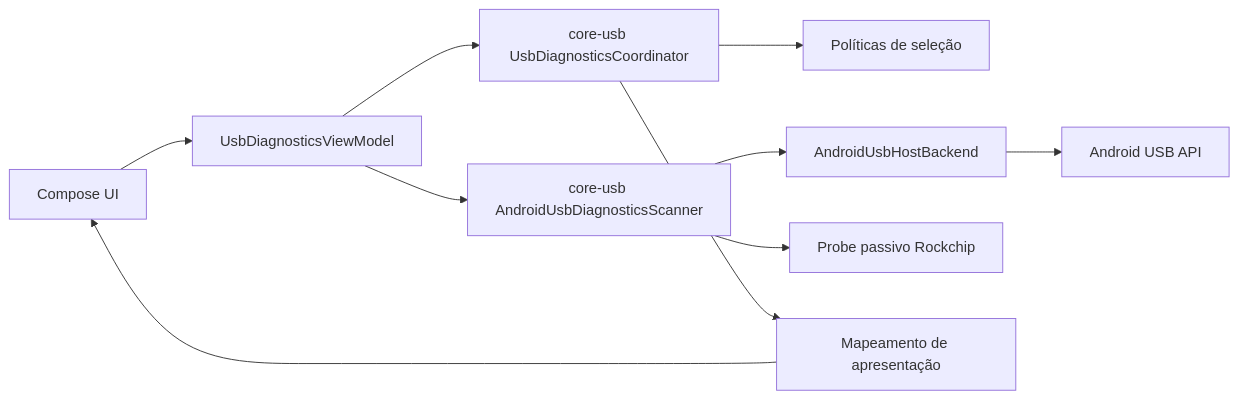
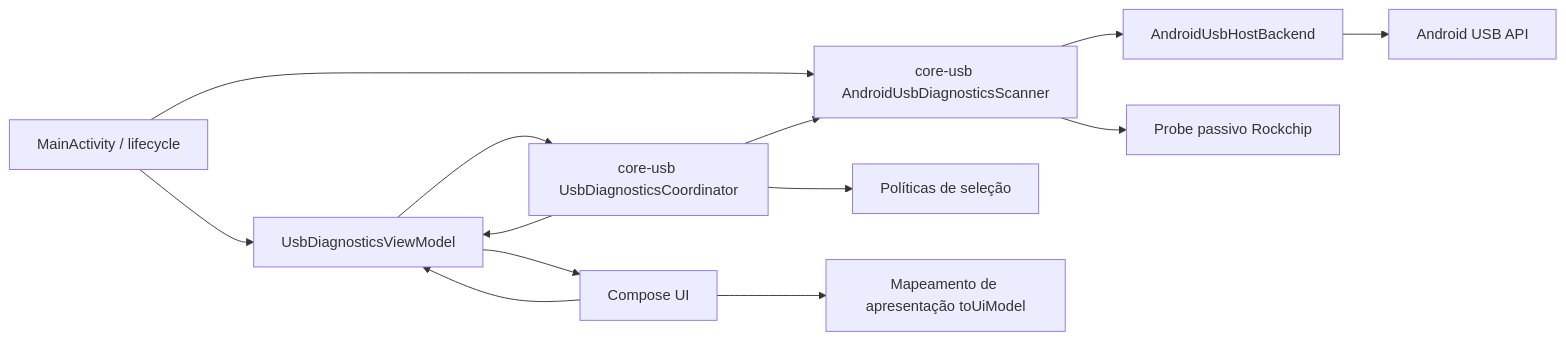
The first of 5 diagrams in docs/ARCHITECTURE.md (itayson/Rockservice-mobile), drawn with Mermaid before and after one commit. The commit also changed other lines of this file, not shown here.

Commit message:
docs: correct USB diagnostics dependency diagram

````diff
--- a/docs/ARCHITECTURE.md
+++ b/docs/ARCHITECTURE.md
@@ -20,12 +20,15 @@
 ```mermaid
 flowchart LR
-  UI[Compose UI] --> VM[UsbDiagnosticsViewModel]
+  A[MainActivity / lifecycle] --> VM[UsbDiagnosticsViewModel]
+  A --> SCAN[core-usb AndroidUsbDiagnosticsScanner]
+  UI[Compose UI] --> VM
   VM --> COORD[core-usb UsbDiagnosticsCoordinator]
-  VM --> SCAN[core-usb AndroidUsbDiagnosticsScanner]
+  COORD --> SCAN
   COORD --> POL[Políticas de seleção]
   SCAN --> USB[AndroidUsbHostBackend]
   SCAN --> PROBE[Probe passivo Rockchip]
   USB --> API[Android USB API]
-  COORD --> MAP[Mapeamento de apresentação]
-  MAP --> UI
+  COORD --> VM
+  VM --> UI
+  UI --> MAP[Mapeamento de apresentação toUiModel]
 ```
````
